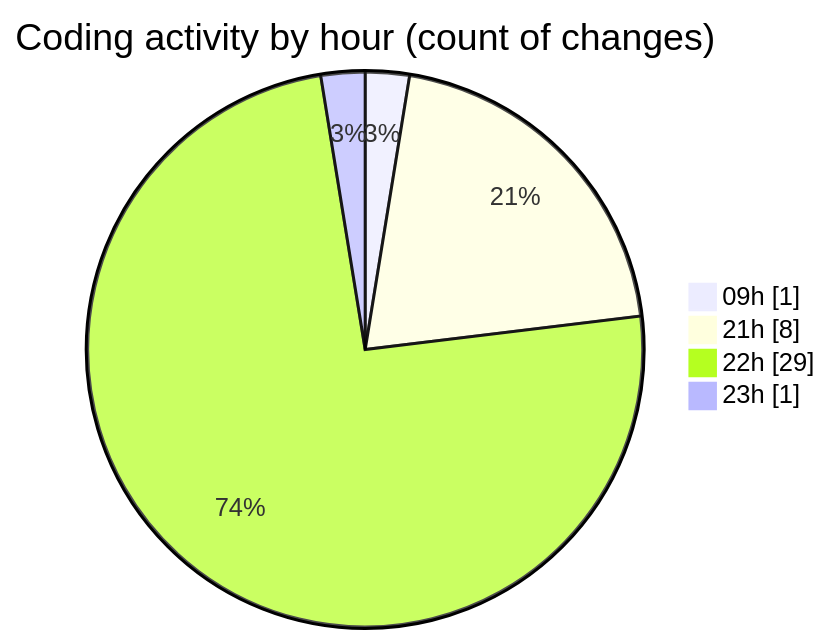
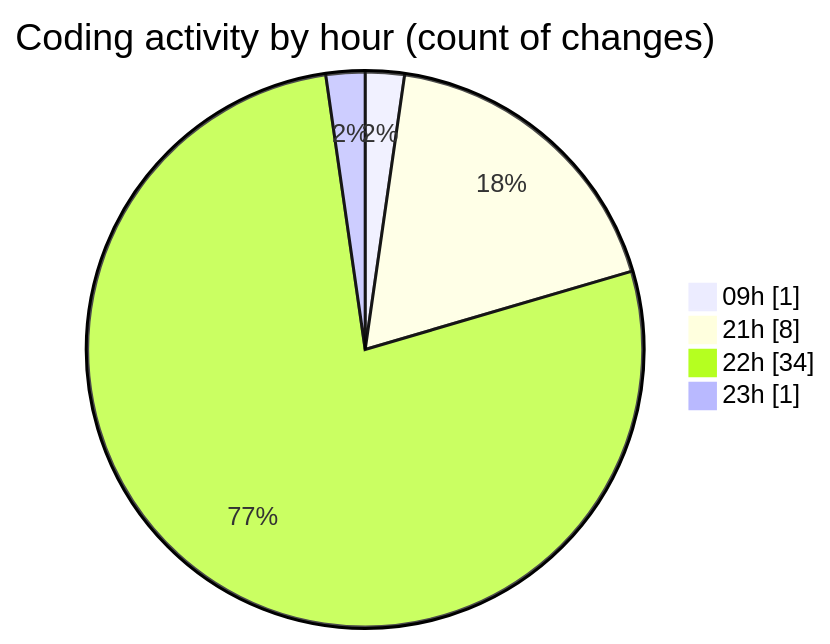
The second of 2 diagrams in 2025-02-19/myws__workspace_/README.md (MatusMokan/code-tracking), drawn with Mermaid before and after one commit. The commit also changed other lines of this file and 1 other file, not shown here.

````diff
--- a/2025-02-19/myws__workspace_/README.md
+++ b/2025-02-19/myws__workspace_/README.md
@@ -34,8 +34,8 @@
 ```mermaid
 pie showData
 title Coding activity by hour (count of changes)
 "09h" : 1
 "21h" : 8
-"22h" : 29
+"22h" : 34
 "23h" : 1
 ```
````
